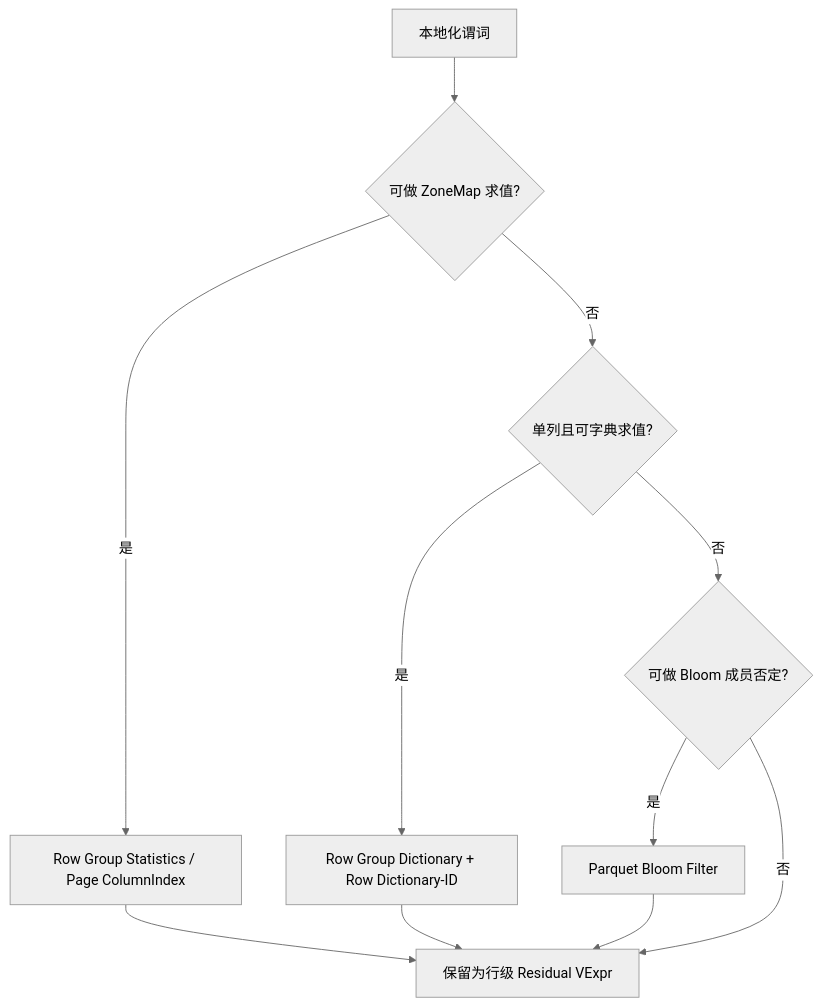
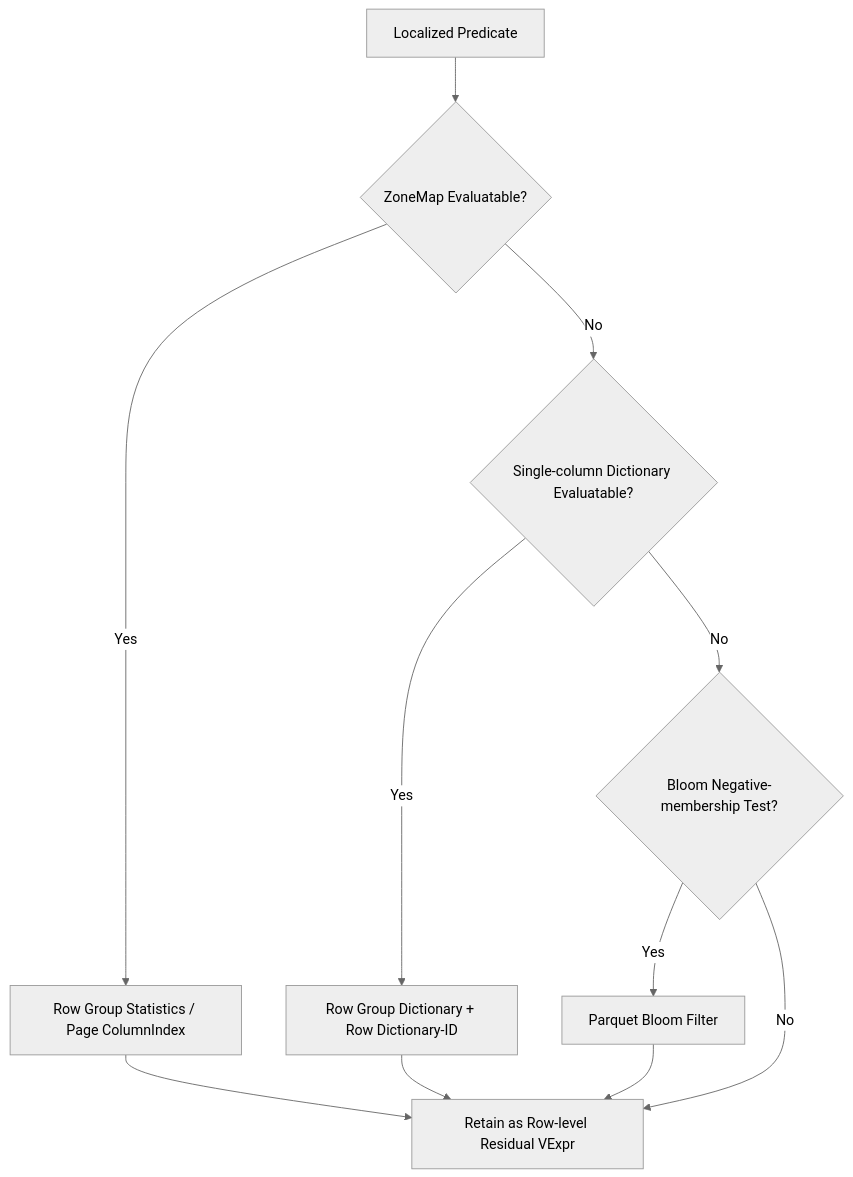
The eighth of 13 diagrams in docs/file-scanner-v2-parquet-scan-design.md (apache/doris), drawn with Mermaid (neutral theme) before and after one commit. The commit also changed other lines of this file and 1 other file, not shown here.

````diff
--- a/docs/file-scanner-v2-parquet-scan-design.md
+++ b/docs/file-scanner-v2-parquet-scan-design.md
@@ -270,13 +299,13 @@
 ```mermaid
 flowchart TD
-  A[本地化谓词] --> B{可做 ZoneMap 求值?}
-  B -- "是" --> C[Row Group Statistics / Page ColumnIndex]
-  B -- "否" --> D{单列且可字典求值?}
-  D -- "是" --> E[Row Group Dictionary + Row Dictionary-ID]
-  D -- "否" --> F{可做 Bloom 成员否定?}
-  F -- "是" --> G[Parquet Bloom Filter]
-  F -- "否" --> H[保留为行级 Residual VExpr]
+  A[Localized Predicate] --> B{ZoneMap Evaluatable?}
+  B -- "Yes" --> C[Row Group Statistics / Page ColumnIndex]
+  B -- "No" --> D{Single-column Dictionary Evaluatable?}
+  D -- "Yes" --> E[Row Group Dictionary + Row Dictionary-ID]
+  D -- "No" --> F{Bloom Negative-membership Test?}
+  F -- "Yes" --> G[Parquet Bloom Filter]
+  F -- "No" --> H[Retain as Row-level Residual VExpr]
   C --> H
   E --> H
   G --> H
 ```
````
